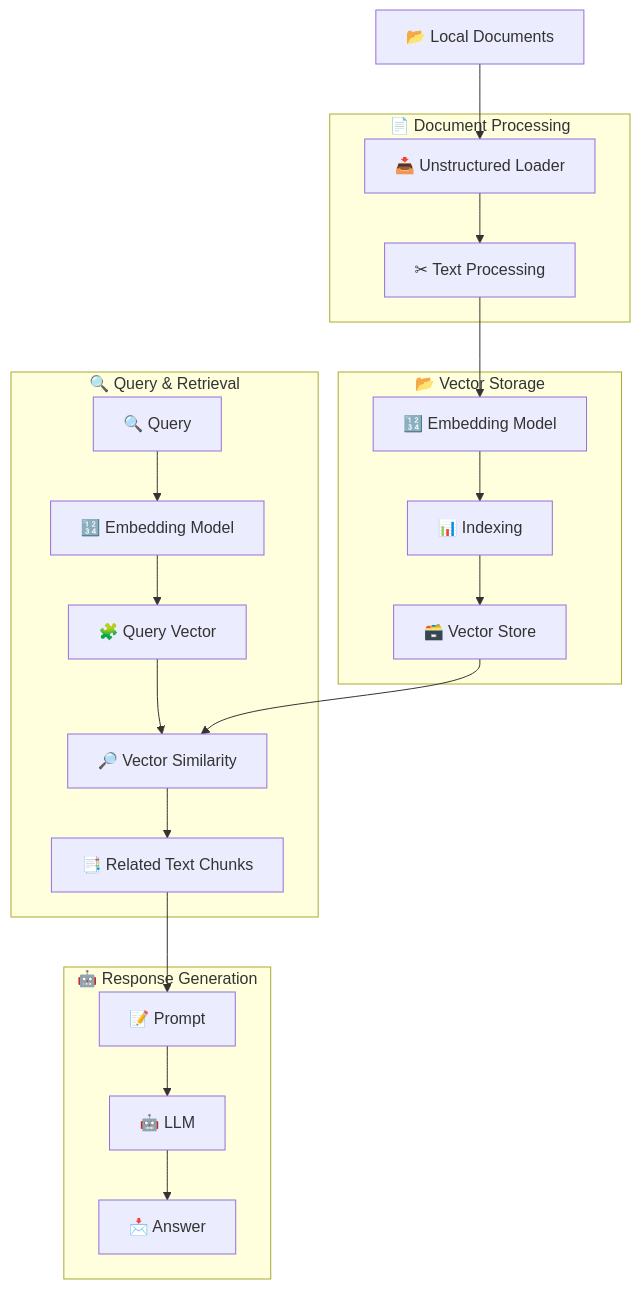
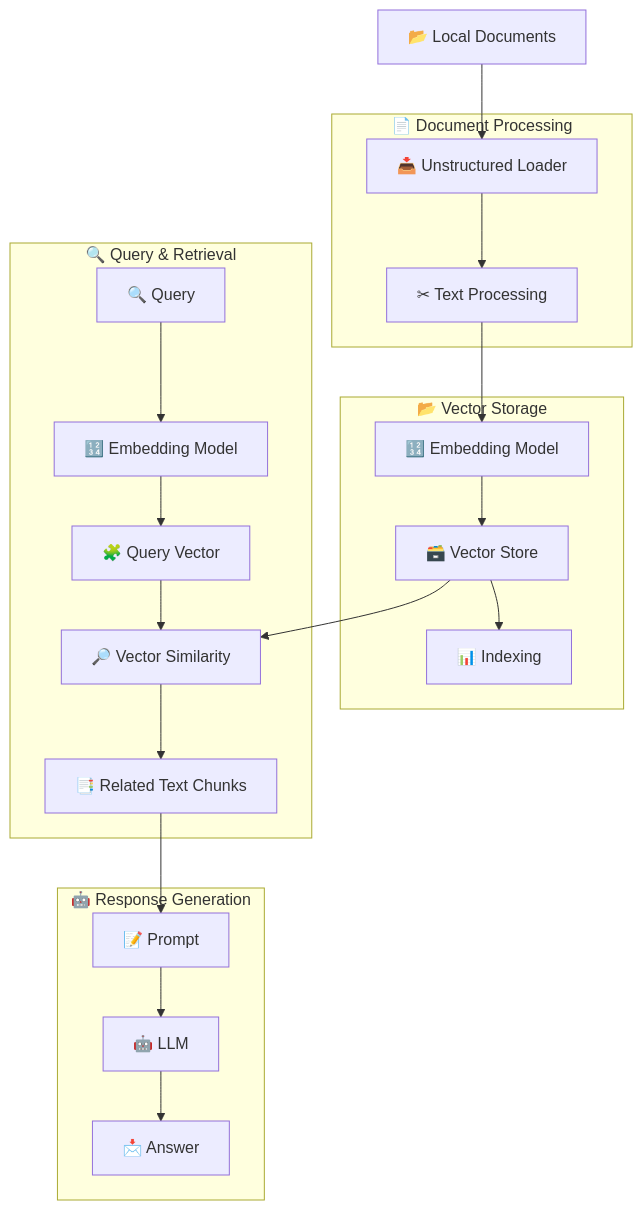
Before and after one commit to Danielyan86/nlp-workshop: the diagram in RAG.md, drawn with Mermaid. The commit also changed other lines of this file, not shown here.

Commit message:
Update flowchart in RAG.md to correct connections between embedding and indexing steps. This change improves the accuracy of the document processing pipeline representation while maintaining overall clarity.

````diff
--- a/RAG.md
+++ b/RAG.md
@@ -46,46 +46,46 @@
 ```mermaid
 flowchart TD
     %% Document Processing
     subgraph subGraph0["📄 Document Processing"]
         B["📥 Unstructured Loader"]
         C["✂ Text Processing"]
     end
 
     %% Vector Storage
     subgraph subGraph1["📂 Vector Storage"]
         E["🔢 Embedding Model"]
+        G["🗃️ Vector Store"]
         F["📊 Indexing"]
-        G["🗃️ Vector Store"]
     end
 
     %% Query & Retrieval
     subgraph subGraph2["🔍 Query & Retrieval"]
         H["🔍 Query"]
         I["🔢 Embedding Model"]
         J["🧩 Query Vector"]
         K["🔎 Vector Similarity"]
         L["📑 Related Text Chunks"]
     end
 
     %% Response Generation
     subgraph subGraph3["🤖 Response Generation"]
         M["📝 Prompt"]
         N["🤖 LLM"]
         O["📩 Answer"]
     end
 
     %% Flow connections
     A["📂 Local Documents"] --> B
     B --> C
     C --> E
-    E --> F
-    F --> G
+    E --> G
+    G --> F
     H --> I
     I --> J
     J --> K
     K --> L
     L --> M
     M --> N
     N --> O
     G --> K
 ```
````
